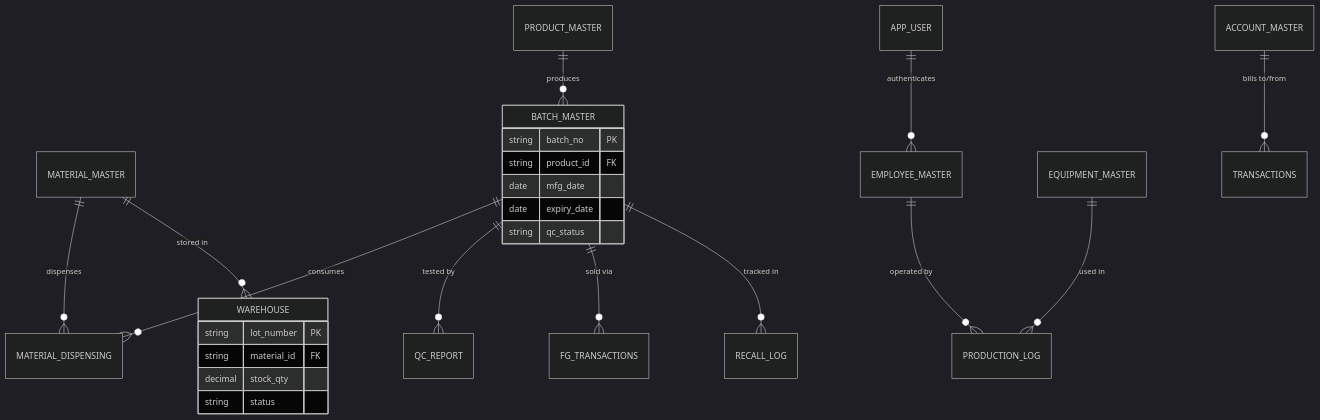
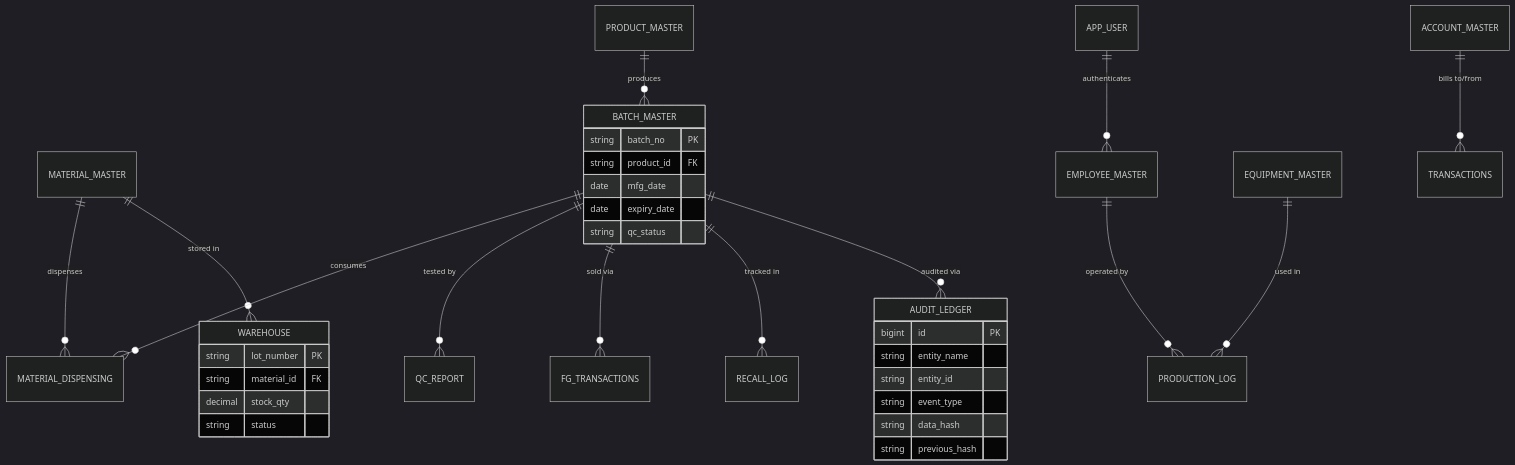
One commit to Urvish2007/PharmaChain-DB changed the second of 3 diagrams in README.md. Above: the diagram before and after it, drawn with Mermaid (dark theme). The commit also changed other lines of this file and 1 other file, not shown here.

Commit message:
docs: Update README with IoT and Audit Ledger features & fix frontend compilation

````diff
--- a/README.md
+++ b/README.md
@@ -129,29 +134,39 @@
 ```mermaid
 erDiagram
     MATERIAL_MASTER ||--o{ MATERIAL_DISPENSING : "dispenses"
     MATERIAL_MASTER ||--o{ WAREHOUSE : "stored in"
     BATCH_MASTER ||--o{ MATERIAL_DISPENSING : "consumes"
     BATCH_MASTER ||--o{ QC_REPORT : "tested by"
     BATCH_MASTER ||--o{ FG_TRANSACTIONS : "sold via"
     BATCH_MASTER ||--o{ RECALL_LOG : "tracked in"
+    BATCH_MASTER ||--o{ AUDIT_LEDGER : "audited via"
     PRODUCT_MASTER ||--o{ BATCH_MASTER : "produces"
     EMPLOYEE_MASTER ||--o{ PRODUCTION_LOG : "operated by"
     EQUIPMENT_MASTER ||--o{ PRODUCTION_LOG : "used in"
     ACCOUNT_MASTER ||--o{ TRANSACTIONS : "bills to/from"
     APP_USER ||--o{ EMPLOYEE_MASTER : "authenticates"
     
     BATCH_MASTER {
         string batch_no PK
         string product_id FK
         date mfg_date
         date expiry_date
         string qc_status
     }
     
     WAREHOUSE {
         string lot_number PK
         string material_id FK
         decimal stock_qty
         string status
     }
+    
+    AUDIT_LEDGER {
+        bigint id PK
+        string entity_name
+        string entity_id
+        string event_type
+        string data_hash
+        string previous_hash
+    }
 ```
````
